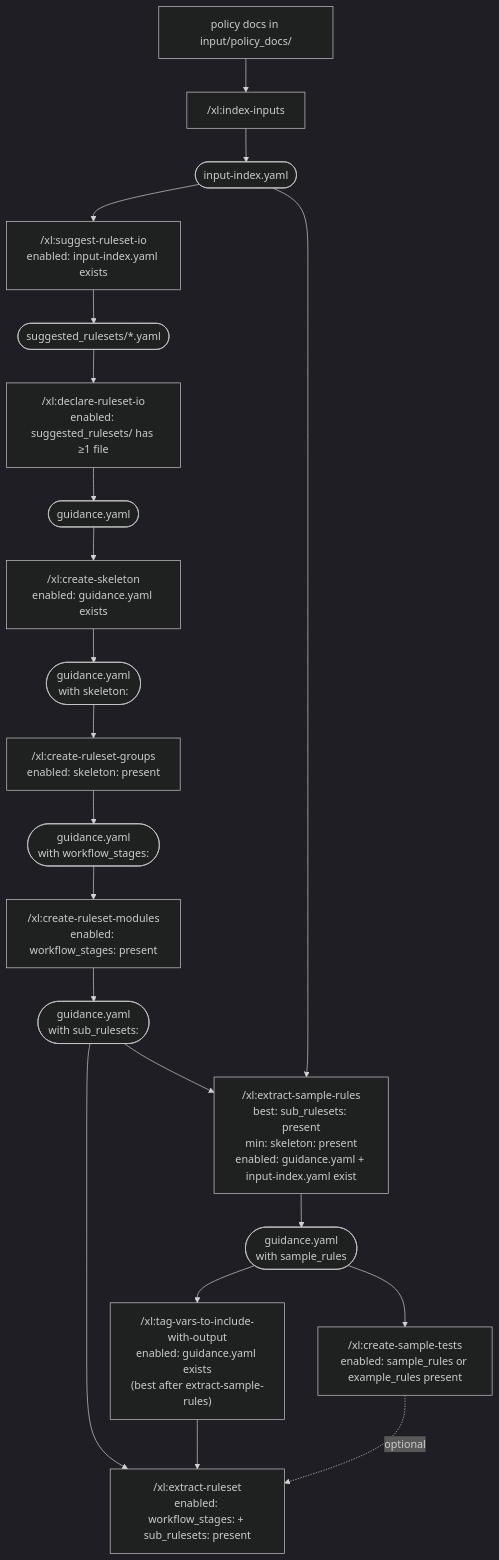
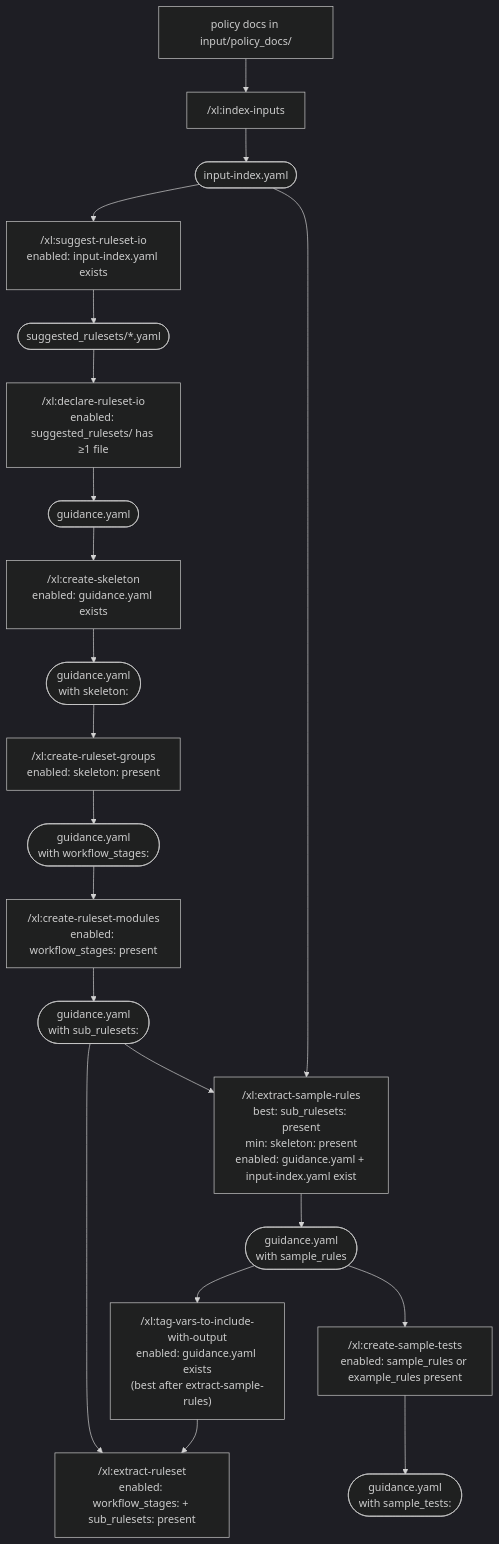
Before and after one commit to navapbc/lockpicks-xlator-plugin: the diagram in xl-plugin/CLAUDE.md, drawn with Mermaid (dark theme).

Commit message:
fix(xl-plugin): add sample_tests state node; remove misleading edge to extract-ruleset
No command downstream reads sample_tests: — it is planning scaffolding
only. The diagram now shows create-sample-tests producing a terminal
guidance.yaml state node (with sample_tests:) and removes the dashed
optional edge to extract-ruleset that implied a dependency that does
not exist.

````diff
--- a/xl-plugin/CLAUDE.md
+++ b/xl-plugin/CLAUDE.md
@@ -47,40 +47,40 @@
 ```mermaid
 flowchart TD
     DOCS["policy docs in input/policy_docs/"]
     IDX_CMD["/xl:index-inputs"]
     IDX(["input-index.yaml"])
 
     DOCS --> IDX_CMD --> IDX
 
     SUG["/xl:suggest-ruleset-io\nenabled: input-index.yaml exists"]
     SUG_F(["suggested_rulesets/*.yaml"])
     DECL["/xl:declare-ruleset-io\nenabled: suggested_rulesets/ has ≥1 file"]
     GY(["guidance.yaml"])
 
     IDX --> SUG --> SUG_F --> DECL --> GY
 
     SKEL["/xl:create-skeleton\nenabled: guidance.yaml exists"]
     GY_SKEL(["guidance.yaml\nwith skeleton:"])
     GROUPS["/xl:create-ruleset-groups\nenabled: skeleton: present"]
     GY_GROUPS(["guidance.yaml\nwith workflow_stages:"])
     MODS["/xl:create-ruleset-modules\nenabled: workflow_stages: present"]
 
     GY --> SKEL --> GY_SKEL --> GROUPS --> GY_GROUPS --> MODS
 
     GY_MODS(["guidance.yaml\nwith sub_rulesets:"])
     SAMPLERULES["/xl:extract-sample-rules\nbest: sub_rulesets: present\nmin: skeleton: present\nenabled: guidance.yaml + input-index.yaml exist"]
     GY_RULES(["guidance.yaml\nwith sample_rules"])
     TAGVARS["/xl:tag-vars-to-include-with-output\nenabled: guidance.yaml exists\n(best after extract-sample-rules)"]
     SAMPLETESTS["/xl:create-sample-tests\nenabled: sample_rules or example_rules present"]
+    GY_SAMPLETESTS(["guidance.yaml\nwith sample_tests:"])
 
     MODS --> GY_MODS --> SAMPLERULES
     IDX --> SAMPLERULES
     SAMPLERULES --> GY_RULES --> TAGVARS
-    GY_RULES --> SAMPLETESTS
+    GY_RULES --> SAMPLETESTS --> GY_SAMPLETESTS
 
     EXTRACT["/xl:extract-ruleset\nenabled: workflow_stages: + sub_rulesets: present"]
 
     GY_MODS --> EXTRACT
     TAGVARS --> EXTRACT
-    SAMPLETESTS -.->|"optional"| EXTRACT
 ```
````
